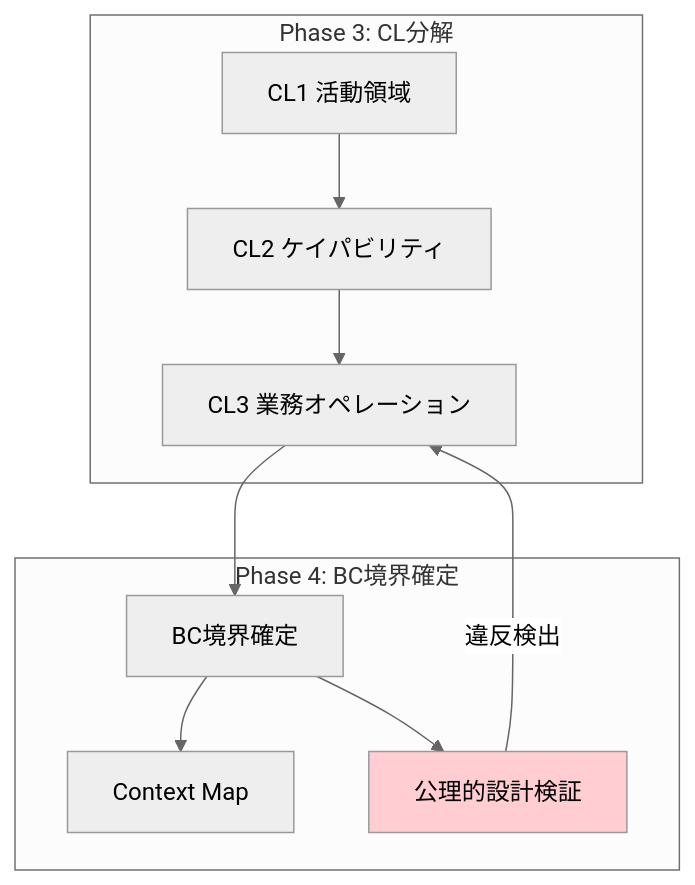
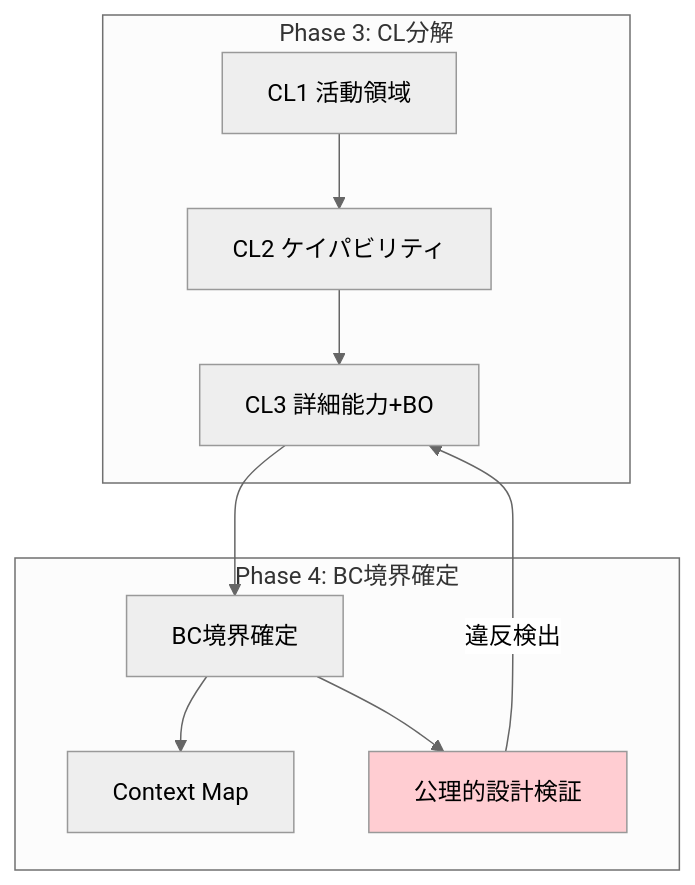
The seventh of 8 diagrams in .claude/commands/parasol/reference/v4/V4-VS-V5.md (hmoriya/amplifier-experiment), drawn with Mermaid (neutral theme) before and after one commit. The commit also changed other lines of this file and 44 other files, not shown here.

````diff
--- a/.claude/commands/parasol/reference/v4/V4-VS-V5.md
+++ b/.claude/commands/parasol/reference/v4/V4-VS-V5.md
@@ -566,17 +566,17 @@
 ```mermaid
 graph TD
     subgraph "Phase 3: CL分解"
         CL1[CL1 活動領域] --> CL2[CL2 ケイパビリティ]
-        CL2 --> CL3[CL3 業務オペレーション]
+        CL2 --> CL3[CL3 詳細能力+BO]
     end
 
     subgraph "Phase 4: BC境界確定"
         CL3 --> BC[BC境界確定]
         BC --> CM[Context Map]
         BC --> AX[公理的設計検証]
     end
 
     AX --> |違反検出| CL3
 
     style AX fill:#ffcdd2
 ```
````
